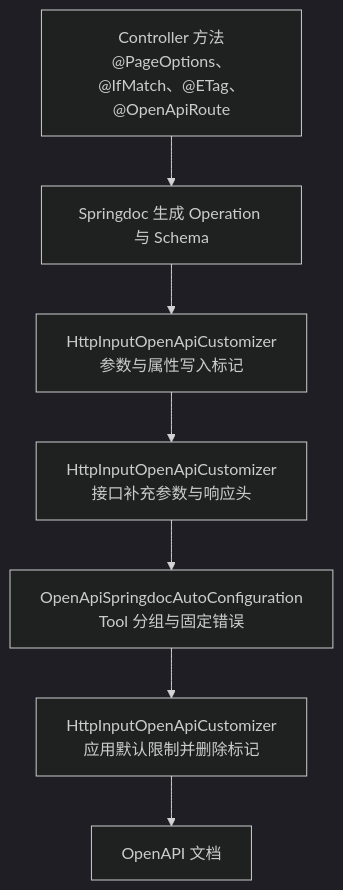
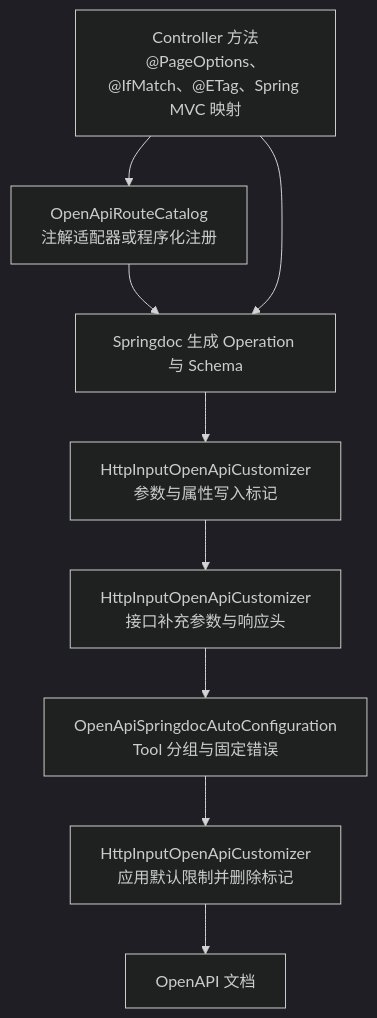
The diagram in docs/capabilities/foundation/openapi-generation.md (SH-XiaoXiu/sca4d-j), drawn with Mermaid (dark theme) before and after one commit. The commit also changed other lines of this file and 326 other files, not shown here.

Commit message:
feat(open): 增加 GraphQL 开放接口并解耦 OpenAPI 路由

````diff
--- a/docs/capabilities/foundation/openapi-generation.md
+++ b/docs/capabilities/foundation/openapi-generation.md
@@ -33,11 +34,14 @@
 ```mermaid
 flowchart TB
-    Controller[Controller 方法<br/>@PageOptions、@IfMatch、@ETag、@OpenApiRoute]
+    Controller[Controller 方法<br/>@PageOptions、@IfMatch、@ETag、Spring MVC 映射]
+    Catalog[OpenApiRouteCatalog<br/>注解适配器或程序化注册]
     Springdoc[Springdoc 生成 Operation 与 Schema]
     Field[HttpInputOpenApiCustomizer<br/>参数与属性写入标记]
     Operation[HttpInputOpenApiCustomizer<br/>接口补充参数与响应头]
     Tool[OpenApiSpringdocAutoConfiguration<br/>Tool 分组与固定错误]
     Final[HttpInputOpenApiCustomizer<br/>应用默认限制并删除标记]
     Doc[OpenAPI 文档]
-    Controller --> Springdoc --> Field --> Operation --> Tool --> Final --> Doc
+    Controller --> Catalog --> Springdoc
+    Controller --> Springdoc
+    Springdoc --> Field --> Operation --> Tool --> Final --> Doc
 ```
````
